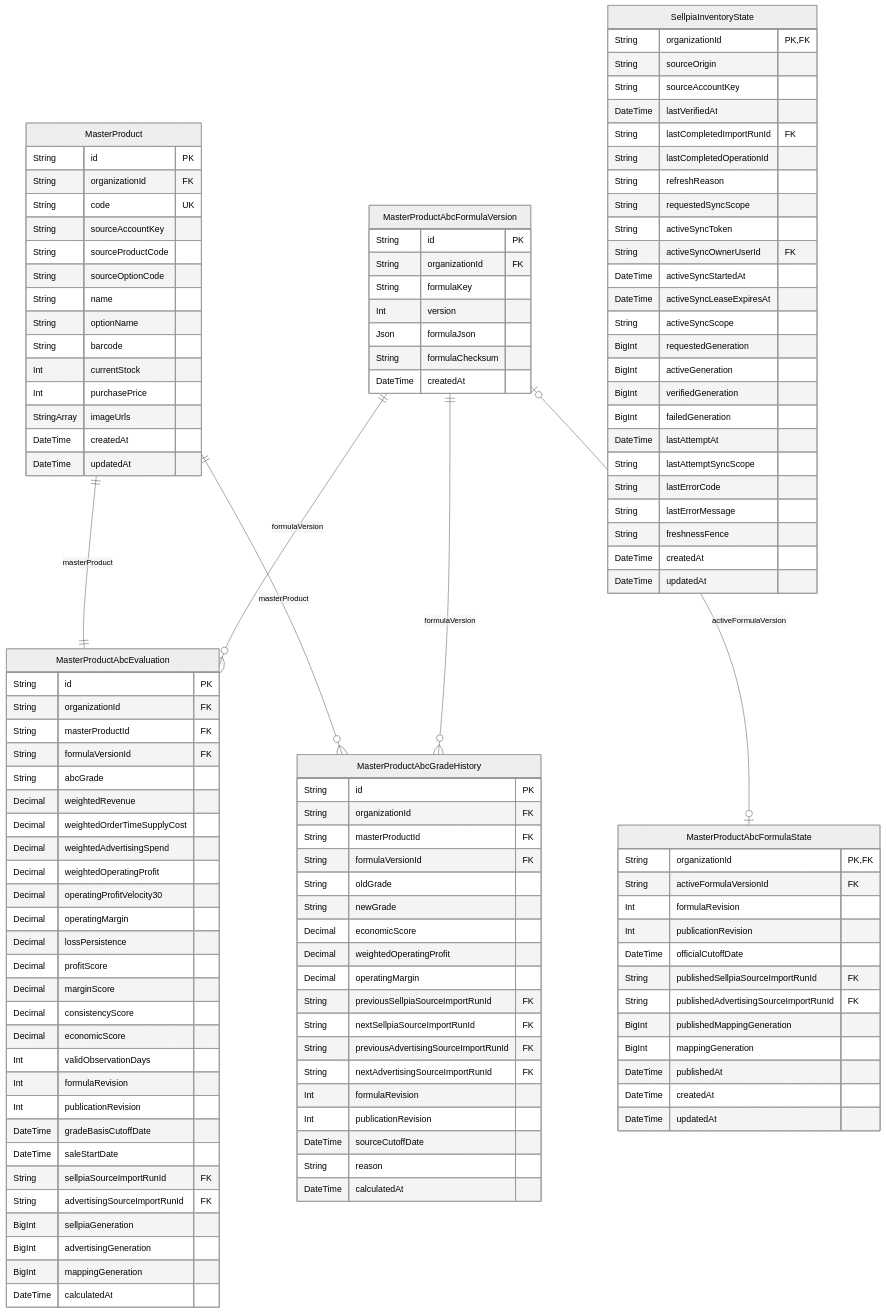
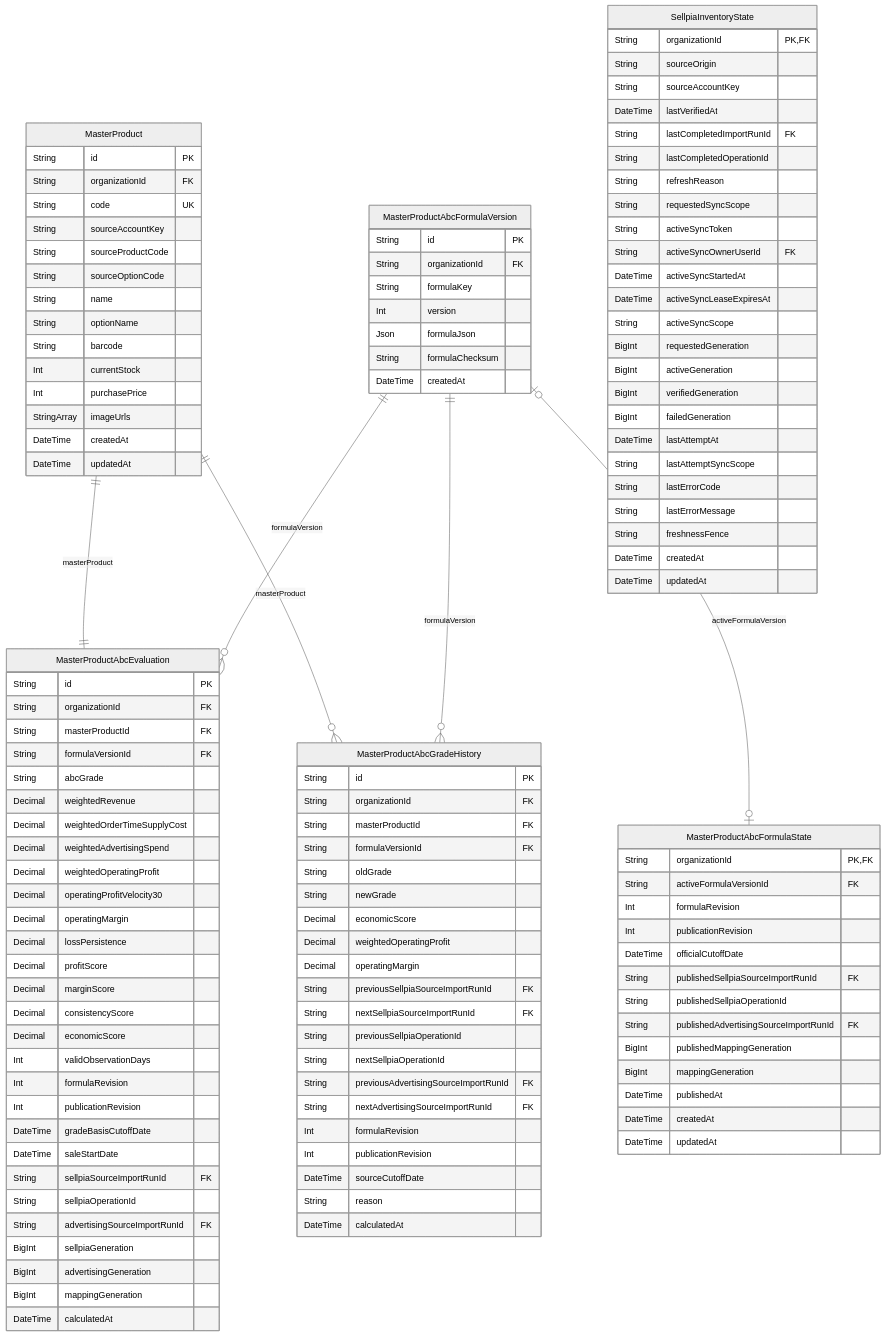
Before and after one commit to AgentFoundry-Labs/kiditem: the diagram in docs/erd/products.md, drawn with Mermaid (neutral theme). The commit also changed 99 other files, not shown here.

Commit message:
feat(KID-361): 셀피아 상품 손익을 실행 kind analytics.sellpia_product_profitability로 옮긴다 — 성공한 실행 하나가 불변 월 사실 한 벌(operationId)이고 ABC 근거가 그 실행을 가리킨다

```diff
--- a/docs/erd/products.md
+++ b/docs/erd/products.md
@@ -59,6 +59,7 @@
     DateTime gradeBasisCutoffDate
     DateTime saleStartDate
     String sellpiaSourceImportRunId FK
+    String sellpiaOperationId
     String advertisingSourceImportRunId FK
     BigInt sellpiaGeneration
     BigInt advertisingGeneration
@@ -72,6 +73,7 @@
     Int publicationRevision
     DateTime officialCutoffDate
     String publishedSellpiaSourceImportRunId FK
+    String publishedSellpiaOperationId
     String publishedAdvertisingSourceImportRunId FK
     BigInt publishedMappingGeneration
     BigInt mappingGeneration
@@ -100,6 +102,8 @@
     Decimal operatingMargin
     String previousSellpiaSourceImportRunId FK
     String nextSellpiaSourceImportRunId FK
+    String previousSellpiaOperationId
+    String nextSellpiaOperationId
     String previousAdvertisingSourceImportRunId FK
     String nextAdvertisingSourceImportRunId FK
     Int formulaRevision
```
